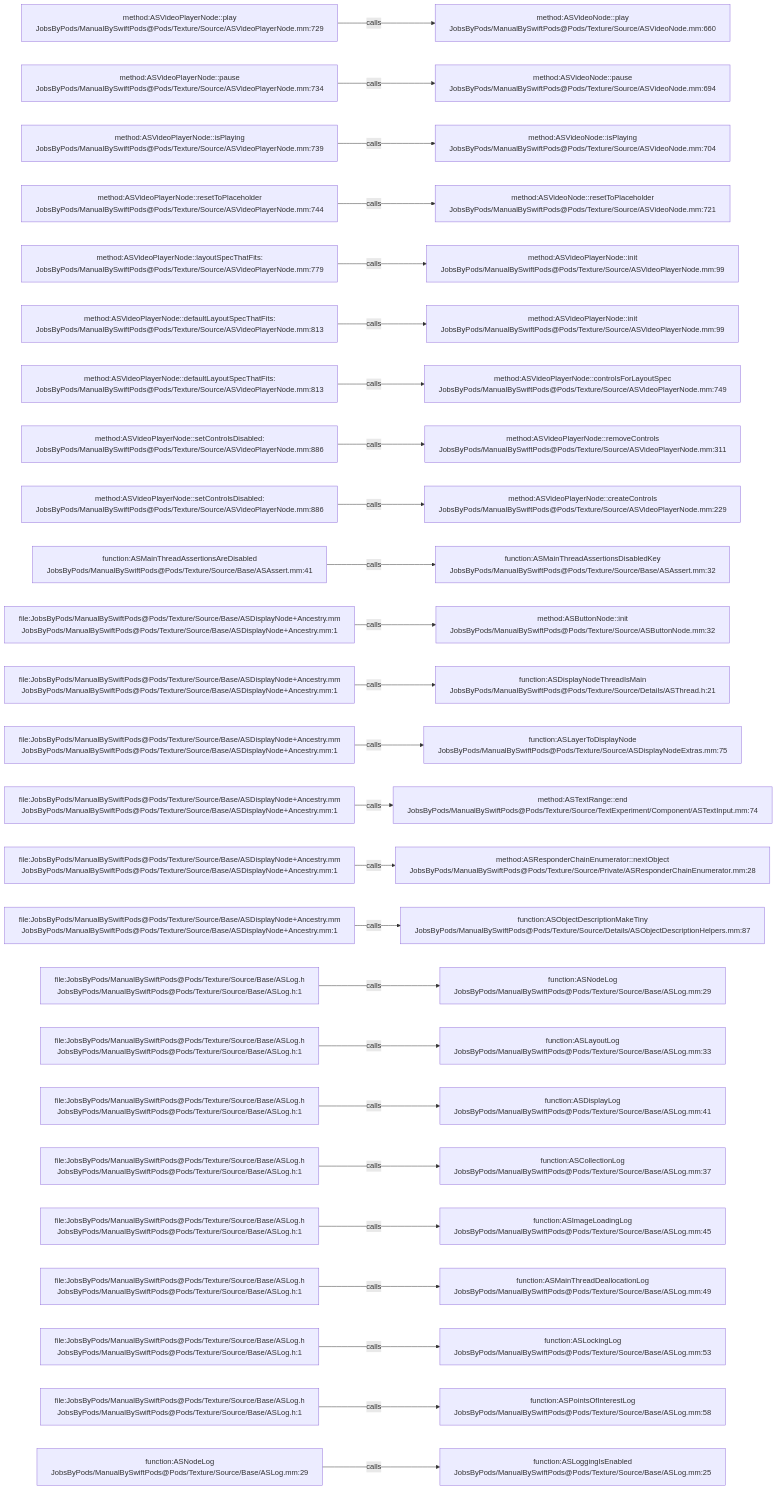
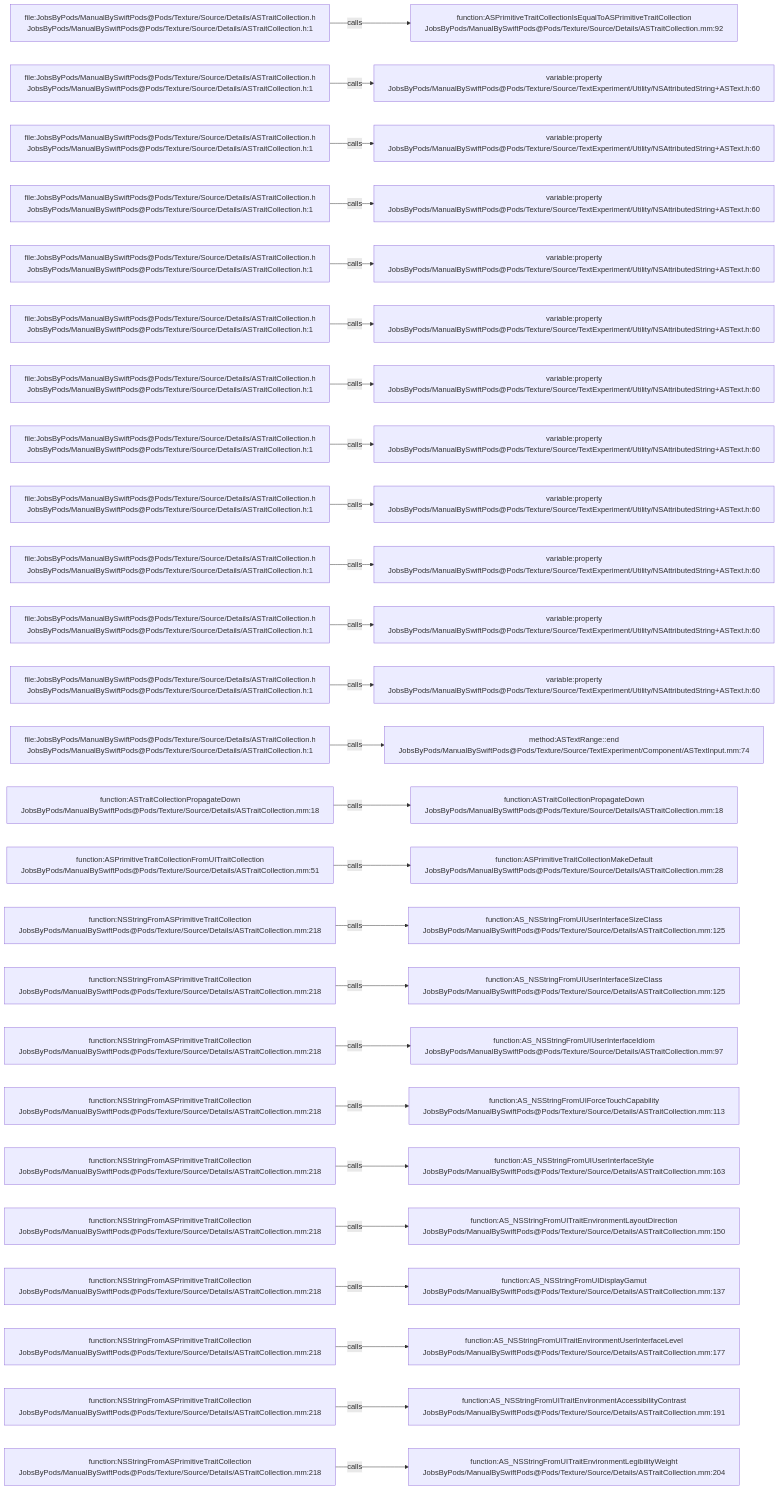
Before and after one commit to JobsKits/JobsSwiftBaseConfigDemo: the diagram in .codegraph/codegraph.md/graphs/calls-097.md, drawn with Mermaid. The commit also changed 832 other files, not shown here.

````diff
--- a/.codegraph/codegraph.md/graphs/calls-097.md
+++ b/.codegraph/codegraph.md/graphs/calls-097.md
@@ -13,78 +13,78 @@
 ```mermaid
 flowchart LR
-  S1["method:ASVideoPlayerNode::play<br/>JobsByPods/ManualBySwiftPods@Pods/Texture/Source/ASVideoPlayerNode.mm:729"]
-  T1["method:ASVideoNode::play<br/>JobsByPods/ManualBySwiftPods@Pods/Texture/Source/ASVideoNode.mm:660"]
+  S1["file:JobsByPods/ManualBySwiftPods@Pods/Texture/Source/Details/ASTraitCollection.h<br/>JobsByPods/ManualBySwiftPods@Pods/Texture/Source/Details/ASTraitCollection.h:1"]
+  T1["function:ASPrimitiveTraitCollectionIsEqualToASPrimitiveTraitCollection<br/>JobsByPods/ManualBySwiftPods@Pods/Texture/Source/Details/ASTraitCollection.mm:92"]
   S1 -->|calls| T1
-  S2["method:ASVideoPlayerNode::pause<br/>JobsByPods/ManualBySwiftPods@Pods/Texture/Source/ASVideoPlayerNode.mm:734"]
-  T2["method:ASVideoNode::pause<br/>JobsByPods/ManualBySwiftPods@Pods/Texture/Source/ASVideoNode.mm:694"]
+  S2["file:JobsByPods/ManualBySwiftPods@Pods/Texture/Source/Details/ASTraitCollection.h<br/>JobsByPods/ManualBySwiftPods@Pods/Texture/Source/Details/ASTraitCollection.h:1"]
+  T2["variable:property<br/>JobsByPods/ManualBySwiftPods@Pods/Texture/Source/TextExperiment/Utility/NSAttributedString+ASText.h:60"]
   S2 -->|calls| T2
-  S3["method:ASVideoPlayerNode::isPlaying<br/>JobsByPods/ManualBySwiftPods@Pods/Texture/Source/ASVideoPlayerNode.mm:739"]
-  T3["method:ASVideoNode::isPlaying<br/>JobsByPods/ManualBySwiftPods@Pods/Texture/Source/ASVideoNode.mm:704"]
+  S3["file:JobsByPods/ManualBySwiftPods@Pods/Texture/Source/Details/ASTraitCollection.h<br/>JobsByPods/ManualBySwiftPods@Pods/Texture/Source/Details/ASTraitCollection.h:1"]
+  T3["variable:property<br/>JobsByPods/ManualBySwiftPods@Pods/Texture/Source/TextExperiment/Utility/NSAttributedString+ASText.h:60"]
   S3 -->|calls| T3
-  S4["method:ASVideoPlayerNode::resetToPlaceholder<br/>JobsByPods/ManualBySwiftPods@Pods/Texture/Source/ASVideoPlayerNode.mm:744"]
-  T4["method:ASVideoNode::resetToPlaceholder<br/>JobsByPods/ManualBySwiftPods@Pods/Texture/Source/ASVideoNode.mm:721"]
+  S4["file:JobsByPods/ManualBySwiftPods@Pods/Texture/Source/Details/ASTraitCollection.h<br/>JobsByPods/ManualBySwiftPods@Pods/Texture/Source/Details/ASTraitCollection.h:1"]
+  T4["variable:property<br/>JobsByPods/ManualBySwiftPods@Pods/Texture/Source/TextExperiment/Utility/NSAttributedString+ASText.h:60"]
   S4 -->|calls| T4
-  S5["method:ASVideoPlayerNode::layoutSpecThatFits:<br/>JobsByPods/ManualBySwiftPods@Pods/Texture/Source/ASVideoPlayerNode.mm:779"]
-  T5["method:ASVideoPlayerNode::init<br/>JobsByPods/ManualBySwiftPods@Pods/Texture/Source/ASVideoPlayerNode.mm:99"]
+  S5["file:JobsByPods/ManualBySwiftPods@Pods/Texture/Source/Details/ASTraitCollection.h<br/>JobsByPods/ManualBySwiftPods@Pods/Texture/Source/Details/ASTraitCollection.h:1"]
+  T5["variable:property<br/>JobsByPods/ManualBySwiftPods@Pods/Texture/Source/TextExperiment/Utility/NSAttributedString+ASText.h:60"]
   S5 -->|calls| T5
-  S6["method:ASVideoPlayerNode::defaultLayoutSpecThatFits:<br/>JobsByPods/ManualBySwiftPods@Pods/Texture/Source/ASVideoPlayerNode.mm:813"]
-  T6["method:ASVideoPlayerNode::init<br/>JobsByPods/ManualBySwiftPods@Pods/Texture/Source/ASVideoPlayerNode.mm:99"]
+  S6["file:JobsByPods/ManualBySwiftPods@Pods/Texture/Source/Details/ASTraitCollection.h<br/>JobsByPods/ManualBySwiftPods@Pods/Texture/Source/Details/ASTraitCollection.h:1"]
+  T6["variable:property<br/>JobsByPods/ManualBySwiftPods@Pods/Texture/Source/TextExperiment/Utility/NSAttributedString+ASText.h:60"]
   S6 -->|calls| T6
-  S7["method:ASVideoPlayerNode::defaultLayoutSpecThatFits:<br/>JobsByPods/ManualBySwiftPods@Pods/Texture/Source/ASVideoPlayerNode.mm:813"]
-  T7["method:ASVideoPlayerNode::controlsForLayoutSpec<br/>JobsByPods/ManualBySwiftPods@Pods/Texture/Source/ASVideoPlayerNode.mm:749"]
+  S7["file:JobsByPods/ManualBySwiftPods@Pods/Texture/Source/Details/ASTraitCollection.h<br/>JobsByPods/ManualBySwiftPods@Pods/Texture/Source/Details/ASTraitCollection.h:1"]
+  T7["variable:property<br/>JobsByPods/ManualBySwiftPods@Pods/Texture/Source/TextExperiment/Utility/NSAttributedString+ASText.h:60"]
   S7 -->|calls| T7
-  S8["method:ASVideoPlayerNode::setControlsDisabled:<br/>JobsByPods/ManualBySwiftPods@Pods/Texture/Source/ASVideoPlayerNode.mm:886"]
-  T8["method:ASVideoPlayerNode::removeControls<br/>JobsByPods/ManualBySwiftPods@Pods/Texture/Source/ASVideoPlayerNode.mm:311"]
+  S8["file:JobsByPods/ManualBySwiftPods@Pods/Texture/Source/Details/ASTraitCollection.h<br/>JobsByPods/ManualBySwiftPods@Pods/Texture/Source/Details/ASTraitCollection.h:1"]
+  T8["variable:property<br/>JobsByPods/ManualBySwiftPods@Pods/Texture/Source/TextExperiment/Utility/NSAttributedString+ASText.h:60"]
   S8 -->|calls| T8
-  S9["method:ASVideoPlayerNode::setControlsDisabled:<br/>JobsByPods/ManualBySwiftPods@Pods/Texture/Source/ASVideoPlayerNode.mm:886"]
-  T9["method:ASVideoPlayerNode::createControls<br/>JobsByPods/ManualBySwiftPods@Pods/Texture/Source/ASVideoPlayerNode.mm:229"]
+  S9["file:JobsByPods/ManualBySwiftPods@Pods/Texture/Source/Details/ASTraitCollection.h<br/>JobsByPods/ManualBySwiftPods@Pods/Texture/Source/Details/ASTraitCollection.h:1"]
+  T9["variable:property<br/>JobsByPods/ManualBySwiftPods@Pods/Texture/Source/TextExperiment/Utility/NSAttributedString+ASText.h:60"]
   S9 -->|calls| T9
-  S10["function:ASMainThreadAssertionsAreDisabled<br/>JobsByPods/ManualBySwiftPods@Pods/Texture/Source/Base/ASAssert.mm:41"]
-  T10["function:ASMainThreadAssertionsDisabledKey<br/>JobsByPods/ManualBySwiftPods@Pods/Texture/Source/Base/ASAssert.mm:32"]
+  S10["file:JobsByPods/ManualBySwiftPods@Pods/Texture/Source/Details/ASTraitCollection.h<br/>JobsByPods/ManualBySwiftPods@Pods/Texture/Source/Details/ASTraitCollection.h:1"]
+  T10["variable:property<br/>JobsByPods/ManualBySwiftPods@Pods/Texture/Source/TextExperiment/Utility/NSAttributedString+ASText.h:60"]
   S10 -->|calls| T10
-  S11["file:JobsByPods/ManualBySwiftPods@Pods/Texture/Source/Base/ASDisplayNode+Ancestry.mm<br/>JobsByPods/ManualBySwiftPods@Pods/Texture/Source/Base/ASDisplayNode+Ancestry.mm:1"]
-  T11["method:ASButtonNode::init<br/>JobsByPods/ManualBySwiftPods@Pods/Texture/Source/ASButtonNode.mm:32"]
+  S11["file:JobsByPods/ManualBySwiftPods@Pods/Texture/Source/Details/ASTraitCollection.h<br/>JobsByPods/ManualBySwiftPods@Pods/Texture/Source/Details/ASTraitCollection.h:1"]
+  T11["variable:property<br/>JobsByPods/ManualBySwiftPods@Pods/Texture/Source/TextExperiment/Utility/NSAttributedString+ASText.h:60"]
   S11 -->|calls| T11
-  S12["file:JobsByPods/ManualBySwiftPods@Pods/Texture/Source/Base/ASDisplayNode+Ancestry.mm<br/>JobsByPods/ManualBySwiftPods@Pods/Texture/Source/Base/ASDisplayNode+Ancestry.mm:1"]
-  T12["function:ASDisplayNodeThreadIsMain<br/>JobsByPods/ManualBySwiftPods@Pods/Texture/Source/Details/ASThread.h:21"]
+  S12["file:JobsByPods/ManualBySwiftPods@Pods/Texture/Source/Details/ASTraitCollection.h<br/>JobsByPods/ManualBySwiftPods@Pods/Texture/Source/Details/ASTraitCollection.h:1"]
+  T12["variable:property<br/>JobsByPods/ManualBySwiftPods@Pods/Texture/Source/TextExperiment/Utility/NSAttributedString+ASText.h:60"]
   S12 -->|calls| T12
-  S13["file:JobsByPods/ManualBySwiftPods@Pods/Texture/Source/Base/ASDisplayNode+Ancestry.mm<br/>JobsByPods/ManualBySwiftPods@Pods/Texture/Source/Base/ASDisplayNode+Ancestry.mm:1"]
-  T13["function:ASLayerToDisplayNode<br/>JobsByPods/ManualBySwiftPods@Pods/Texture/Source/ASDisplayNodeExtras.mm:75"]
+  S13["file:JobsByPods/ManualBySwiftPods@Pods/Texture/Source/Details/ASTraitCollection.h<br/>JobsByPods/ManualBySwiftPods@Pods/Texture/Source/Details/ASTraitCollection.h:1"]
+  T13["method:ASTextRange::end<br/>JobsByPods/ManualBySwiftPods@Pods/Texture/Source/TextExperiment/Component/ASTextInput.mm:74"]
   S13 -->|calls| T13
-  S14["file:JobsByPods/ManualBySwiftPods@Pods/Texture/Source/Base/ASDisplayNode+Ancestry.mm<br/>JobsByPods/ManualBySwiftPods@Pods/Texture/Source/Base/ASDisplayNode+Ancestry.mm:1"]
-  T14["method:ASTextRange::end<br/>JobsByPods/ManualBySwiftPods@Pods/Texture/Source/TextExperiment/Component/ASTextInput.mm:74"]
+  S14["function:ASTraitCollectionPropagateDown<br/>JobsByPods/ManualBySwiftPods@Pods/Texture/Source/Details/ASTraitCollection.mm:18"]
+  T14["function:ASTraitCollectionPropagateDown<br/>JobsByPods/ManualBySwiftPods@Pods/Texture/Source/Details/ASTraitCollection.mm:18"]
   S14 -->|calls| T14
-  S15["file:JobsByPods/ManualBySwiftPods@Pods/Texture/Source/Base/ASDisplayNode+Ancestry.mm<br/>JobsByPods/ManualBySwiftPods@Pods/Texture/Source/Base/ASDisplayNode+Ancestry.mm:1"]
-  T15["method:ASResponderChainEnumerator::nextObject<br/>JobsByPods/ManualBySwiftPods@Pods/Texture/Source/Private/ASResponderChainEnumerator.mm:28"]
+  S15["function:ASPrimitiveTraitCollectionFromUITraitCollection<br/>JobsByPods/ManualBySwiftPods@Pods/Texture/Source/Details/ASTraitCollection.mm:51"]
+  T15["function:ASPrimitiveTraitCollectionMakeDefault<br/>JobsByPods/ManualBySwiftPods@Pods/Texture/Source/Details/ASTraitCollection.mm:28"]
   S15 -->|calls| T15
-  S16["file:JobsByPods/ManualBySwiftPods@Pods/Texture/Source/Base/ASDisplayNode+Ancestry.mm<br/>JobsByPods/ManualBySwiftPods@Pods/Texture/Source/Base/ASDisplayNode+Ancestry.mm:1"]
-  T16["function:ASObjectDescriptionMakeTiny<br/>JobsByPods/ManualBySwiftPods@Pods/Texture/Source/Details/ASObjectDescriptionHelpers.mm:87"]
+  S16["function:NSStringFromASPrimitiveTraitCollection<br/>JobsByPods/ManualBySwiftPods@Pods/Texture/Source/Details/ASTraitCollection.mm:218"]
+  T16["function:AS_NSStringFromUIUserInterfaceSizeClass<br/>JobsByPods/ManualBySwiftPods@Pods/Texture/Source/Details/ASTraitCollection.mm:125"]
   S16 -->|calls| T16
-  S17["file:JobsByPods/ManualBySwiftPods@Pods/Texture/Source/Base/ASLog.h<br/>JobsByPods/ManualBySwiftPods@Pods/Texture/Source/Base/ASLog.h:1"]
-  T17["function:ASNodeLog<br/>JobsByPods/ManualBySwiftPods@Pods/Texture/Source/Base/ASLog.mm:29"]
+  S17["function:NSStringFromASPrimitiveTraitCollection<br/>JobsByPods/ManualBySwiftPods@Pods/Texture/Source/Details/ASTraitCollection.mm:218"]
+  T17["function:AS_NSStringFromUIUserInterfaceSizeClass<br/>JobsByPods/ManualBySwiftPods@Pods/Texture/Source/Details/ASTraitCollection.mm:125"]
   S17 -->|calls| T17
-  S18["file:JobsByPods/ManualBySwiftPods@Pods/Texture/Source/Base/ASLog.h<br/>JobsByPods/ManualBySwiftPods@Pods/Texture/Source/Base/ASLog.h:1"]
-  T18["function:ASLayoutLog<br/>JobsByPods/ManualBySwiftPods@Pods/Texture/Source/Base/ASLog.mm:33"]
+  S18["function:NSStringFromASPrimitiveTraitCollection<br/>JobsByPods/ManualBySwiftPods@Pods/Texture/Source/Details/ASTraitCollection.mm:218"]
+  T18["function:AS_NSStringFromUIUserInterfaceIdiom<br/>JobsByPods/ManualBySwiftPods@Pods/Texture/Source/Details/ASTraitCollection.mm:97"]
   S18 -->|calls| T18
-  S19["file:JobsByPods/ManualBySwiftPods@Pods/Texture/Source/Base/ASLog.h<br/>JobsByPods/ManualBySwiftPods@Pods/Texture/Source/Base/ASLog.h:1"]
-  T19["function:ASDisplayLog<br/>JobsByPods/ManualBySwiftPods@Pods/Texture/Source/Base/ASLog.mm:41"]
+  S19["function:NSStringFromASPrimitiveTraitCollection<br/>JobsByPods/ManualBySwiftPods@Pods/Texture/Source/Details/ASTraitCollection.mm:218"]
+  T19["function:AS_NSStringFromUIForceTouchCapability<br/>JobsByPods/ManualBySwiftPods@Pods/Texture/Source/Details/ASTraitCollection.mm:113"]
   S19 -->|calls| T19
-  S20["file:JobsByPods/ManualBySwiftPods@Pods/Texture/Source/Base/ASLog.h<br/>JobsByPods/ManualBySwiftPods@Pods/Texture/Source/Base/ASLog.h:1"]
-  T20["function:ASCollectionLog<br/>JobsByPods/ManualBySwiftPods@Pods/Texture/Source/Base/ASLog.mm:37"]
+  S20["function:NSStringFromASPrimitiveTraitCollection<br/>JobsByPods/ManualBySwiftPods@Pods/Texture/Source/Details/ASTraitCollection.mm:218"]
+  T20["function:AS_NSStringFromUIUserInterfaceStyle<br/>JobsByPods/ManualBySwiftPods@Pods/Texture/Source/Details/ASTraitCollection.mm:163"]
   S20 -->|calls| T20
-  S21["file:JobsByPods/ManualBySwiftPods@Pods/Texture/Source/Base/ASLog.h<br/>JobsByPods/ManualBySwiftPods@Pods/Texture/Source/Base/ASLog.h:1"]
-  T21["function:ASImageLoadingLog<br/>JobsByPods/ManualBySwiftPods@Pods/Texture/Source/Base/ASLog.mm:45"]
+  S21["function:NSStringFromASPrimitiveTraitCollection<br/>JobsByPods/ManualBySwiftPods@Pods/Texture/Source/Details/ASTraitCollection.mm:218"]
+  T21["function:AS_NSStringFromUITraitEnvironmentLayoutDirection<br/>JobsByPods/ManualBySwiftPods@Pods/Texture/Source/Details/ASTraitCollection.mm:150"]
   S21 -->|calls| T21
-  S22["file:JobsByPods/ManualBySwiftPods@Pods/Texture/Source/Base/ASLog.h<br/>JobsByPods/ManualBySwiftPods@Pods/Texture/Source/Base/ASLog.h:1"]
-  T22["function:ASMainThreadDeallocationLog<br/>JobsByPods/ManualBySwiftPods@Pods/Texture/Source/Base/ASLog.mm:49"]
+  S22["function:NSStringFromASPrimitiveTraitCollection<br/>JobsByPods/ManualBySwiftPods@Pods/Texture/Source/Details/ASTraitCollection.mm:218"]
+  T22["function:AS_NSStringFromUIDisplayGamut<br/>JobsByPods/ManualBySwiftPods@Pods/Texture/Source/Details/ASTraitCollection.mm:137"]
   S22 -->|calls| T22
-  S23["file:JobsByPods/ManualBySwiftPods@Pods/Texture/Source/Base/ASLog.h<br/>JobsByPods/ManualBySwiftPods@Pods/Texture/Source/Base/ASLog.h:1"]
-  T23["function:ASLockingLog<br/>JobsByPods/ManualBySwiftPods@Pods/Texture/Source/Base/ASLog.mm:53"]
+  S23["function:NSStringFromASPrimitiveTraitCollection<br/>JobsByPods/ManualBySwiftPods@Pods/Texture/Source/Details/ASTraitCollection.mm:218"]
+  T23["function:AS_NSStringFromUITraitEnvironmentUserInterfaceLevel<br/>JobsByPods/ManualBySwiftPods@Pods/Texture/Source/Details/ASTraitCollection.mm:177"]
   S23 -->|calls| T23
-  S24["file:JobsByPods/ManualBySwiftPods@Pods/Texture/Source/Base/ASLog.h<br/>JobsByPods/ManualBySwiftPods@Pods/Texture/Source/Base/ASLog.h:1"]
-  T24["function:ASPointsOfInterestLog<br/>JobsByPods/ManualBySwiftPods@Pods/Texture/Source/Base/ASLog.mm:58"]
+  S24["function:NSStringFromASPrimitiveTraitCollection<br/>JobsByPods/ManualBySwiftPods@Pods/Texture/Source/Details/ASTraitCollection.mm:218"]
+  T24["function:AS_NSStringFromUITraitEnvironmentAccessibilityContrast<br/>JobsByPods/ManualBySwiftPods@Pods/Texture/Source/Details/ASTraitCollection.mm:191"]
   S24 -->|calls| T24
-  S25["function:ASNodeLog<br/>JobsByPods/ManualBySwiftPods@Pods/Texture/Source/Base/ASLog.mm:29"]
-  T25["function:ASLoggingIsEnabled<br/>JobsByPods/ManualBySwiftPods@Pods/Texture/Source/Base/ASLog.mm:25"]
+  S25["function:NSStringFromASPrimitiveTraitCollection<br/>JobsByPods/ManualBySwiftPods@Pods/Texture/Source/Details/ASTraitCollection.mm:218"]
+  T25["function:AS_NSStringFromUITraitEnvironmentLegibilityWeight<br/>JobsByPods/ManualBySwiftPods@Pods/Texture/Source/Details/ASTraitCollection.mm:204"]
   S25 -->|calls| T25
 ```
````
